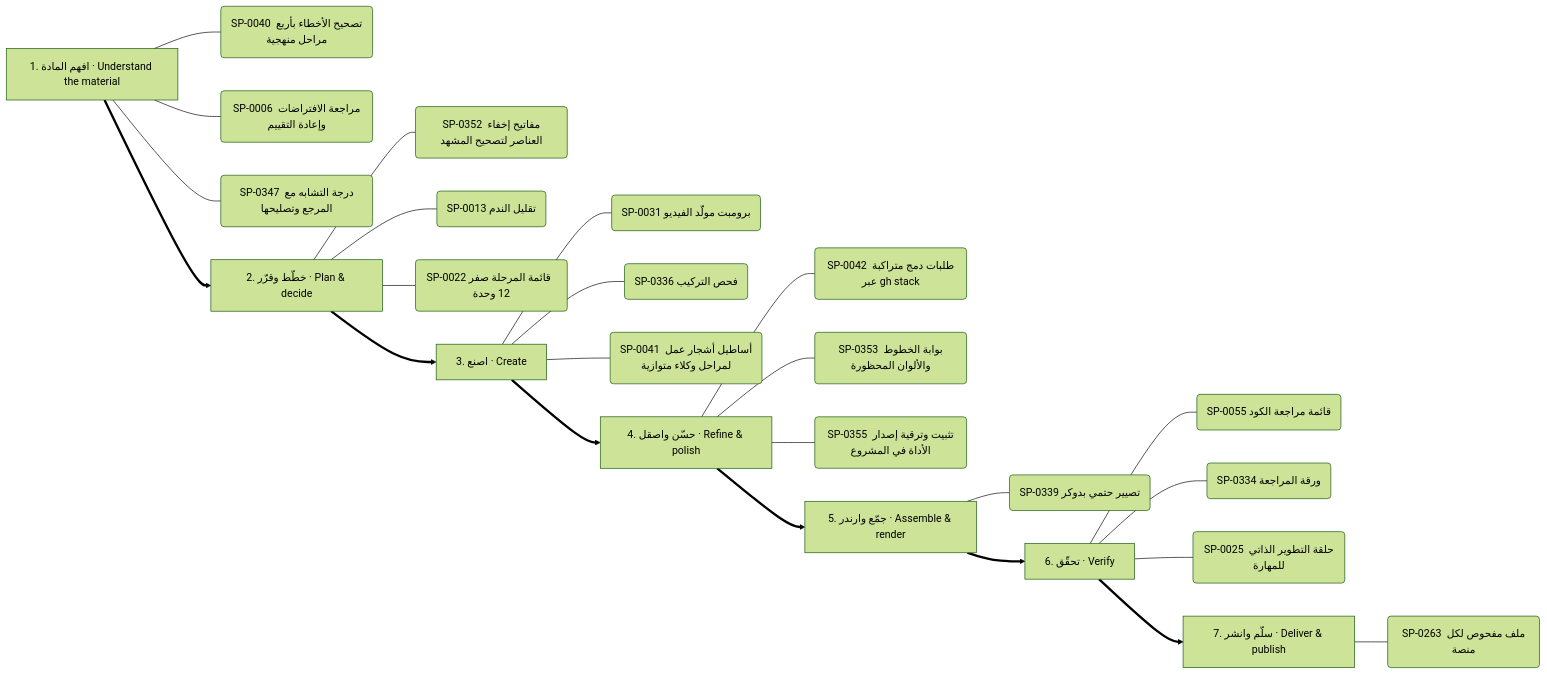
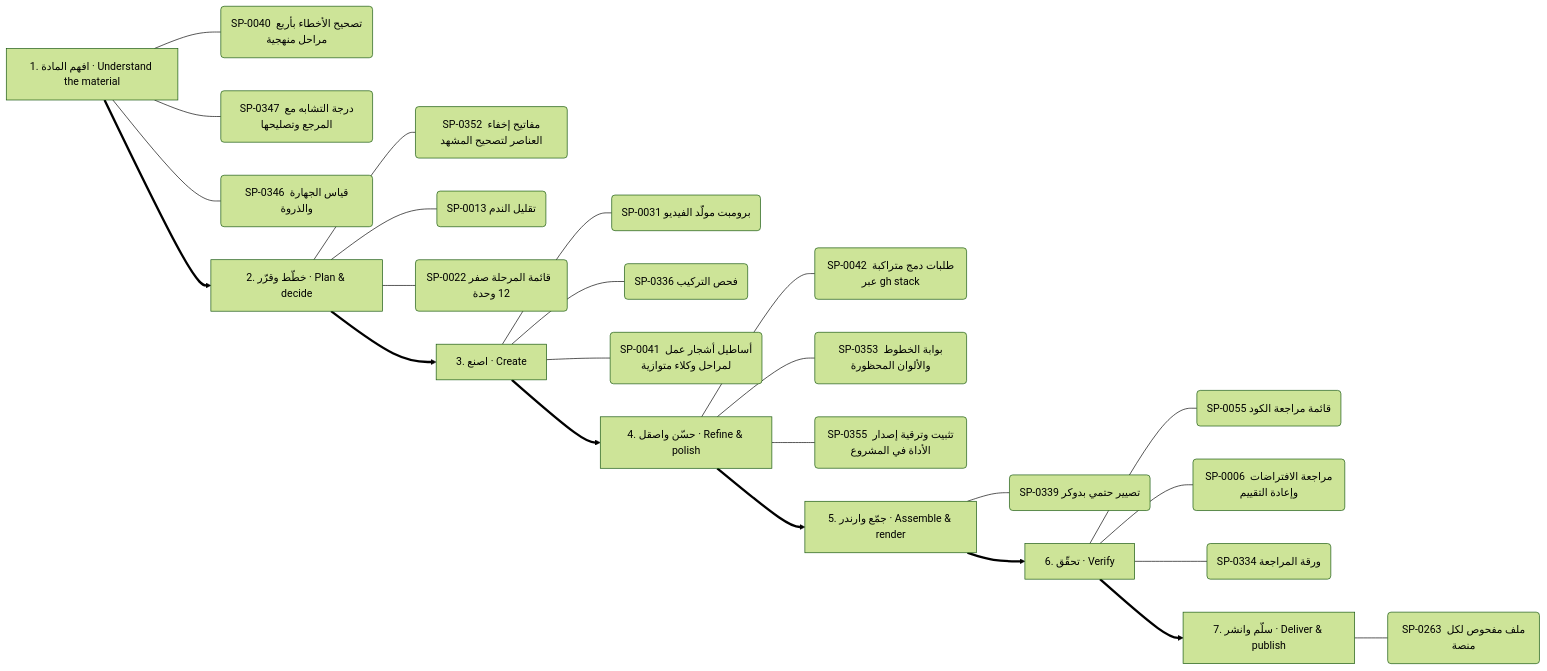
Before and after one commit to kosif199022-jpg/kosif-tool: the tenth of 13 diagrams in .claude/skills/kosif-superpowers/references/capability-mindmap.md, drawn with Mermaid (forest theme). The commit also changed other lines of this file and 25 other files, not shown here.

````diff
--- a/.claude/skills/kosif-superpowers/references/capability-mindmap.md
+++ b/.claude/skills/kosif-superpowers/references/capability-mindmap.md
@@ -499,33 +499,33 @@
 ```mermaid
 flowchart LR
   S0["1. افهم المادة · Understand the material"]
   S0 --- S0_0("SP-0040 تصحيح الأخطاء بأربع مراحل منهجية")
-  S0 --- S0_1("SP-0006 مراجعة الافتراضات وإعادة التقييم")
-  S0 --- S0_2("SP-0347 درجة التشابه مع المرجع وتصليحها")
+  S0 --- S0_1("SP-0347 درجة التشابه مع المرجع وتصليحها")
+  S0 --- S0_2("SP-0346 قياس الجهارة والذروة")
   S1["2. خطّط وقرّر · Plan & decide"]
   S1 --- S1_0("SP-0352 مفاتيح إخفاء العناصر لتصحيح المشهد")
   S1 --- S1_1("SP-0013 تقليل الندم")
   S1 --- S1_2("SP-0022 قائمة المرحلة صفر  12 وحدة ")
   S0 ==> S1
   S2["3. اصنع · Create"]
   S2 --- S2_0("SP-0031 برومبت مولّد الفيديو")
   S2 --- S2_1("SP-0336 فحص التركيب")
   S2 --- S2_2("SP-0041 أساطيل أشجار عمل لمراحل وكلاء متوازية")
   S1 ==> S2
   S3["4. حسّن واصقل · Refine & polish"]
   S3 --- S3_0("SP-0042 طلبات دمج متراكبة عبر gh stack")
   S3 --- S3_1("SP-0353 بوابة الخطوط والألوان المحظورة")
   S3 --- S3_2("SP-0355 تثبيت وترقية إصدار الأداة في المشروع")
   S2 ==> S3
   S4["5. جمّع وارندر · Assemble & render"]
   S4 --- S4_0("SP-0339 تصيير حتمي بدوكر")
   S3 ==> S4
   S5["6. تحقّق · Verify"]
   S5 --- S5_0("SP-0055 قائمة مراجعة الكود")
-  S5 --- S5_1("SP-0334 ورقة المراجعة")
-  S5 --- S5_2("SP-0025 حلقة التطوير الذاتي للمهارة")
+  S5 --- S5_1("SP-0006 مراجعة الافتراضات وإعادة التقييم")
+  S5 --- S5_2("SP-0334 ورقة المراجعة")
   S4 ==> S5
   S6["7. سلّم وانشر · Deliver & publish"]
   S6 --- S6_0("SP-0263 ملف مفحوص لكل منصة")
   S5 ==> S6
 ```
````
